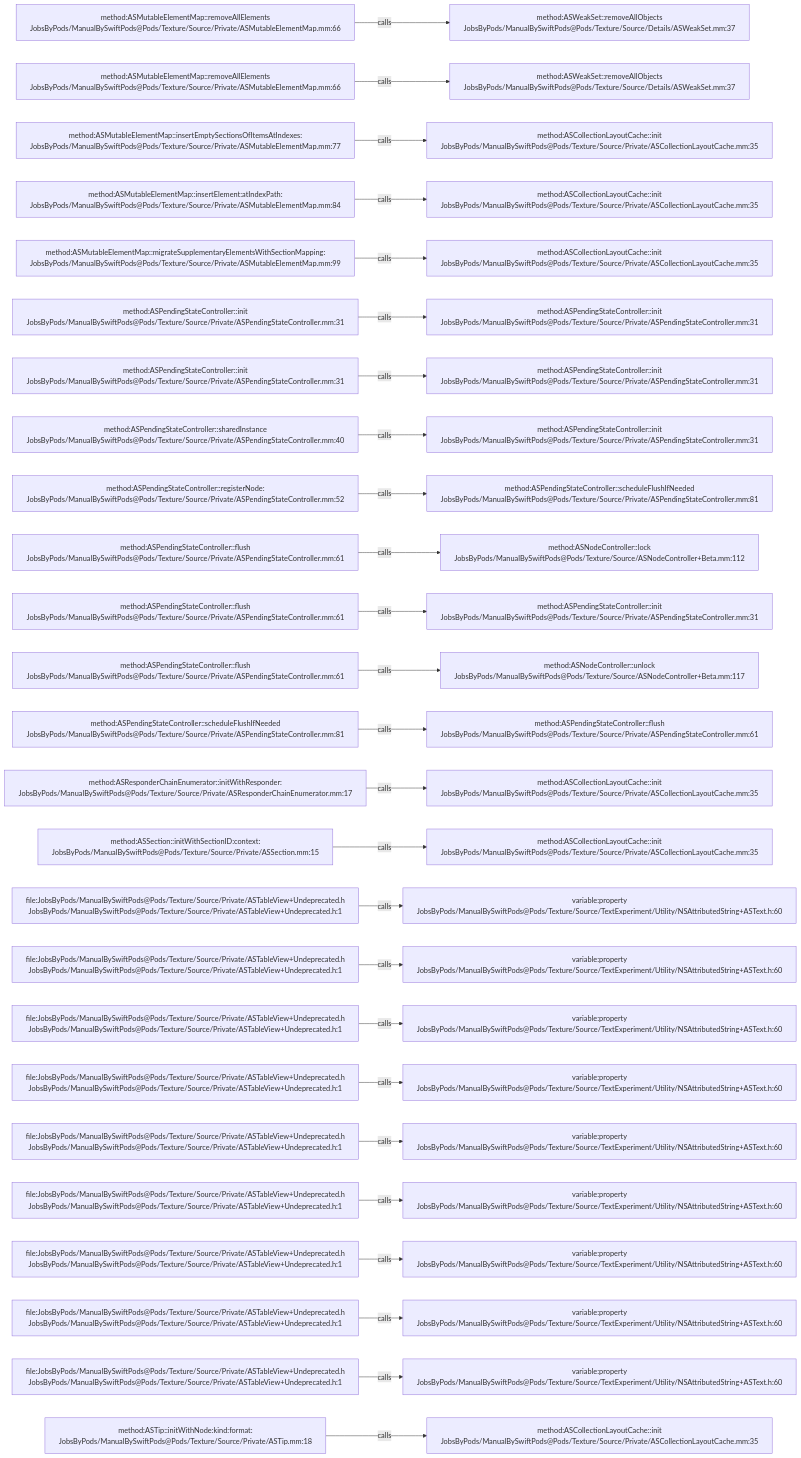
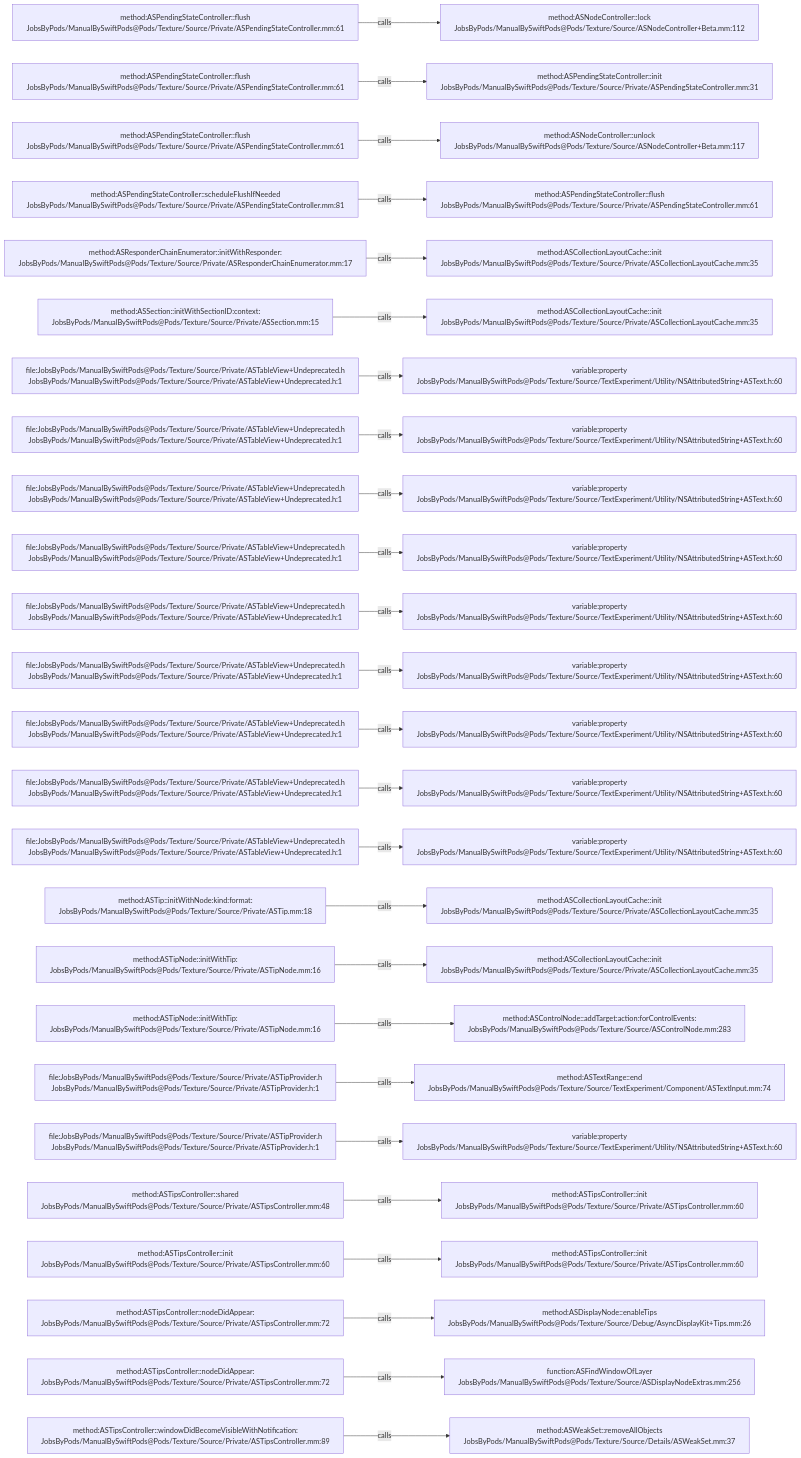
Before and after one commit to JobsKits/JobsSwiftBaseConfigDemo: the diagram in .codegraph/codegraph.md/graphs/calls-122.md, drawn with Mermaid. The commit also changed 707 other files, not shown here.

````diff
--- a/.codegraph/codegraph.md/graphs/calls-122.md
+++ b/.codegraph/codegraph.md/graphs/calls-122.md
@@ -13,78 +13,78 @@
 ```mermaid
 flowchart LR
-  S1["method:ASMutableElementMap::removeAllElements<br/>JobsByPods/ManualBySwiftPods@Pods/Texture/Source/Private/ASMutableElementMap.mm:66"]
-  T1["method:ASWeakSet::removeAllObjects<br/>JobsByPods/ManualBySwiftPods@Pods/Texture/Source/Details/ASWeakSet.mm:37"]
+  S1["method:ASPendingStateController::flush<br/>JobsByPods/ManualBySwiftPods@Pods/Texture/Source/Private/ASPendingStateController.mm:61"]
+  T1["method:ASNodeController::lock<br/>JobsByPods/ManualBySwiftPods@Pods/Texture/Source/ASNodeController+Beta.mm:112"]
   S1 -->|calls| T1
-  S2["method:ASMutableElementMap::removeAllElements<br/>JobsByPods/ManualBySwiftPods@Pods/Texture/Source/Private/ASMutableElementMap.mm:66"]
-  T2["method:ASWeakSet::removeAllObjects<br/>JobsByPods/ManualBySwiftPods@Pods/Texture/Source/Details/ASWeakSet.mm:37"]
+  S2["method:ASPendingStateController::flush<br/>JobsByPods/ManualBySwiftPods@Pods/Texture/Source/Private/ASPendingStateController.mm:61"]
+  T2["method:ASPendingStateController::init<br/>JobsByPods/ManualBySwiftPods@Pods/Texture/Source/Private/ASPendingStateController.mm:31"]
   S2 -->|calls| T2
-  S3["method:ASMutableElementMap::insertEmptySectionsOfItemsAtIndexes:<br/>JobsByPods/ManualBySwiftPods@Pods/Texture/Source/Private/ASMutableElementMap.mm:77"]
-  T3["method:ASCollectionLayoutCache::init<br/>JobsByPods/ManualBySwiftPods@Pods/Texture/Source/Private/ASCollectionLayoutCache.mm:35"]
+  S3["method:ASPendingStateController::flush<br/>JobsByPods/ManualBySwiftPods@Pods/Texture/Source/Private/ASPendingStateController.mm:61"]
+  T3["method:ASNodeController::unlock<br/>JobsByPods/ManualBySwiftPods@Pods/Texture/Source/ASNodeController+Beta.mm:117"]
   S3 -->|calls| T3
-  S4["method:ASMutableElementMap::insertElement:atIndexPath:<br/>JobsByPods/ManualBySwiftPods@Pods/Texture/Source/Private/ASMutableElementMap.mm:84"]
-  T4["method:ASCollectionLayoutCache::init<br/>JobsByPods/ManualBySwiftPods@Pods/Texture/Source/Private/ASCollectionLayoutCache.mm:35"]
+  S4["method:ASPendingStateController::scheduleFlushIfNeeded<br/>JobsByPods/ManualBySwiftPods@Pods/Texture/Source/Private/ASPendingStateController.mm:81"]
+  T4["method:ASPendingStateController::flush<br/>JobsByPods/ManualBySwiftPods@Pods/Texture/Source/Private/ASPendingStateController.mm:61"]
   S4 -->|calls| T4
-  S5["method:ASMutableElementMap::migrateSupplementaryElementsWithSectionMapping:<br/>JobsByPods/ManualBySwiftPods@Pods/Texture/Source/Private/ASMutableElementMap.mm:99"]
+  S5["method:ASResponderChainEnumerator::initWithResponder:<br/>JobsByPods/ManualBySwiftPods@Pods/Texture/Source/Private/ASResponderChainEnumerator.mm:17"]
   T5["method:ASCollectionLayoutCache::init<br/>JobsByPods/ManualBySwiftPods@Pods/Texture/Source/Private/ASCollectionLayoutCache.mm:35"]
   S5 -->|calls| T5
-  S6["method:ASPendingStateController::init<br/>JobsByPods/ManualBySwiftPods@Pods/Texture/Source/Private/ASPendingStateController.mm:31"]
-  T6["method:ASPendingStateController::init<br/>JobsByPods/ManualBySwiftPods@Pods/Texture/Source/Private/ASPendingStateController.mm:31"]
+  S6["method:ASSection::initWithSectionID:context:<br/>JobsByPods/ManualBySwiftPods@Pods/Texture/Source/Private/ASSection.mm:15"]
+  T6["method:ASCollectionLayoutCache::init<br/>JobsByPods/ManualBySwiftPods@Pods/Texture/Source/Private/ASCollectionLayoutCache.mm:35"]
   S6 -->|calls| T6
-  S7["method:ASPendingStateController::init<br/>JobsByPods/ManualBySwiftPods@Pods/Texture/Source/Private/ASPendingStateController.mm:31"]
-  T7["method:ASPendingStateController::init<br/>JobsByPods/ManualBySwiftPods@Pods/Texture/Source/Private/ASPendingStateController.mm:31"]
+  S7["file:JobsByPods/ManualBySwiftPods@Pods/Texture/Source/Private/ASTableView+Undeprecated.h<br/>JobsByPods/ManualBySwiftPods@Pods/Texture/Source/Private/ASTableView+Undeprecated.h:1"]
+  T7["variable:property<br/>JobsByPods/ManualBySwiftPods@Pods/Texture/Source/TextExperiment/Utility/NSAttributedString+ASText.h:60"]
   S7 -->|calls| T7
-  S8["method:ASPendingStateController::sharedInstance<br/>JobsByPods/ManualBySwiftPods@Pods/Texture/Source/Private/ASPendingStateController.mm:40"]
-  T8["method:ASPendingStateController::init<br/>JobsByPods/ManualBySwiftPods@Pods/Texture/Source/Private/ASPendingStateController.mm:31"]
+  S8["file:JobsByPods/ManualBySwiftPods@Pods/Texture/Source/Private/ASTableView+Undeprecated.h<br/>JobsByPods/ManualBySwiftPods@Pods/Texture/Source/Private/ASTableView+Undeprecated.h:1"]
+  T8["variable:property<br/>JobsByPods/ManualBySwiftPods@Pods/Texture/Source/TextExperiment/Utility/NSAttributedString+ASText.h:60"]
   S8 -->|calls| T8
-  S9["method:ASPendingStateController::registerNode:<br/>JobsByPods/ManualBySwiftPods@Pods/Texture/Source/Private/ASPendingStateController.mm:52"]
-  T9["method:ASPendingStateController::scheduleFlushIfNeeded<br/>JobsByPods/ManualBySwiftPods@Pods/Texture/Source/Private/ASPendingStateController.mm:81"]
+  S9["file:JobsByPods/ManualBySwiftPods@Pods/Texture/Source/Private/ASTableView+Undeprecated.h<br/>JobsByPods/ManualBySwiftPods@Pods/Texture/Source/Private/ASTableView+Undeprecated.h:1"]
+  T9["variable:property<br/>JobsByPods/ManualBySwiftPods@Pods/Texture/Source/TextExperiment/Utility/NSAttributedString+ASText.h:60"]
   S9 -->|calls| T9
-  S10["method:ASPendingStateController::flush<br/>JobsByPods/ManualBySwiftPods@Pods/Texture/Source/Private/ASPendingStateController.mm:61"]
-  T10["method:ASNodeController::lock<br/>JobsByPods/ManualBySwiftPods@Pods/Texture/Source/ASNodeController+Beta.mm:112"]
+  S10["file:JobsByPods/ManualBySwiftPods@Pods/Texture/Source/Private/ASTableView+Undeprecated.h<br/>JobsByPods/ManualBySwiftPods@Pods/Texture/Source/Private/ASTableView+Undeprecated.h:1"]
+  T10["variable:property<br/>JobsByPods/ManualBySwiftPods@Pods/Texture/Source/TextExperiment/Utility/NSAttributedString+ASText.h:60"]
   S10 -->|calls| T10
-  S11["method:ASPendingStateController::flush<br/>JobsByPods/ManualBySwiftPods@Pods/Texture/Source/Private/ASPendingStateController.mm:61"]
-  T11["method:ASPendingStateController::init<br/>JobsByPods/ManualBySwiftPods@Pods/Texture/Source/Private/ASPendingStateController.mm:31"]
+  S11["file:JobsByPods/ManualBySwiftPods@Pods/Texture/Source/Private/ASTableView+Undeprecated.h<br/>JobsByPods/ManualBySwiftPods@Pods/Texture/Source/Private/ASTableView+Undeprecated.h:1"]
+  T11["variable:property<br/>JobsByPods/ManualBySwiftPods@Pods/Texture/Source/TextExperiment/Utility/NSAttributedString+ASText.h:60"]
   S11 -->|calls| T11
-  S12["method:ASPendingStateController::flush<br/>JobsByPods/ManualBySwiftPods@Pods/Texture/Source/Private/ASPendingStateController.mm:61"]
-  T12["method:ASNodeController::unlock<br/>JobsByPods/ManualBySwiftPods@Pods/Texture/Source/ASNodeController+Beta.mm:117"]
+  S12["file:JobsByPods/ManualBySwiftPods@Pods/Texture/Source/Private/ASTableView+Undeprecated.h<br/>JobsByPods/ManualBySwiftPods@Pods/Texture/Source/Private/ASTableView+Undeprecated.h:1"]
+  T12["variable:property<br/>JobsByPods/ManualBySwiftPods@Pods/Texture/Source/TextExperiment/Utility/NSAttributedString+ASText.h:60"]
   S12 -->|calls| T12
-  S13["method:ASPendingStateController::scheduleFlushIfNeeded<br/>JobsByPods/ManualBySwiftPods@Pods/Texture/Source/Private/ASPendingStateController.mm:81"]
-  T13["method:ASPendingStateController::flush<br/>JobsByPods/ManualBySwiftPods@Pods/Texture/Source/Private/ASPendingStateController.mm:61"]
+  S13["file:JobsByPods/ManualBySwiftPods@Pods/Texture/Source/Private/ASTableView+Undeprecated.h<br/>JobsByPods/ManualBySwiftPods@Pods/Texture/Source/Private/ASTableView+Undeprecated.h:1"]
+  T13["variable:property<br/>JobsByPods/ManualBySwiftPods@Pods/Texture/Source/TextExperiment/Utility/NSAttributedString+ASText.h:60"]
   S13 -->|calls| T13
-  S14["method:ASResponderChainEnumerator::initWithResponder:<br/>JobsByPods/ManualBySwiftPods@Pods/Texture/Source/Private/ASResponderChainEnumerator.mm:17"]
-  T14["method:ASCollectionLayoutCache::init<br/>JobsByPods/ManualBySwiftPods@Pods/Texture/Source/Private/ASCollectionLayoutCache.mm:35"]
+  S14["file:JobsByPods/ManualBySwiftPods@Pods/Texture/Source/Private/ASTableView+Undeprecated.h<br/>JobsByPods/ManualBySwiftPods@Pods/Texture/Source/Private/ASTableView+Undeprecated.h:1"]
+  T14["variable:property<br/>JobsByPods/ManualBySwiftPods@Pods/Texture/Source/TextExperiment/Utility/NSAttributedString+ASText.h:60"]
   S14 -->|calls| T14
-  S15["method:ASSection::initWithSectionID:context:<br/>JobsByPods/ManualBySwiftPods@Pods/Texture/Source/Private/ASSection.mm:15"]
-  T15["method:ASCollectionLayoutCache::init<br/>JobsByPods/ManualBySwiftPods@Pods/Texture/Source/Private/ASCollectionLayoutCache.mm:35"]
+  S15["file:JobsByPods/ManualBySwiftPods@Pods/Texture/Source/Private/ASTableView+Undeprecated.h<br/>JobsByPods/ManualBySwiftPods@Pods/Texture/Source/Private/ASTableView+Undeprecated.h:1"]
+  T15["variable:property<br/>JobsByPods/ManualBySwiftPods@Pods/Texture/Source/TextExperiment/Utility/NSAttributedString+ASText.h:60"]
   S15 -->|calls| T15
-  S16["file:JobsByPods/ManualBySwiftPods@Pods/Texture/Source/Private/ASTableView+Undeprecated.h<br/>JobsByPods/ManualBySwiftPods@Pods/Texture/Source/Private/ASTableView+Undeprecated.h:1"]
-  T16["variable:property<br/>JobsByPods/ManualBySwiftPods@Pods/Texture/Source/TextExperiment/Utility/NSAttributedString+ASText.h:60"]
+  S16["method:ASTip::initWithNode:kind:format:<br/>JobsByPods/ManualBySwiftPods@Pods/Texture/Source/Private/ASTip.mm:18"]
+  T16["method:ASCollectionLayoutCache::init<br/>JobsByPods/ManualBySwiftPods@Pods/Texture/Source/Private/ASCollectionLayoutCache.mm:35"]
   S16 -->|calls| T16
-  S17["file:JobsByPods/ManualBySwiftPods@Pods/Texture/Source/Private/ASTableView+Undeprecated.h<br/>JobsByPods/ManualBySwiftPods@Pods/Texture/Source/Private/ASTableView+Undeprecated.h:1"]
-  T17["variable:property<br/>JobsByPods/ManualBySwiftPods@Pods/Texture/Source/TextExperiment/Utility/NSAttributedString+ASText.h:60"]
+  S17["method:ASTipNode::initWithTip:<br/>JobsByPods/ManualBySwiftPods@Pods/Texture/Source/Private/ASTipNode.mm:16"]
+  T17["method:ASCollectionLayoutCache::init<br/>JobsByPods/ManualBySwiftPods@Pods/Texture/Source/Private/ASCollectionLayoutCache.mm:35"]
   S17 -->|calls| T17
-  S18["file:JobsByPods/ManualBySwiftPods@Pods/Texture/Source/Private/ASTableView+Undeprecated.h<br/>JobsByPods/ManualBySwiftPods@Pods/Texture/Source/Private/ASTableView+Undeprecated.h:1"]
-  T18["variable:property<br/>JobsByPods/ManualBySwiftPods@Pods/Texture/Source/TextExperiment/Utility/NSAttributedString+ASText.h:60"]
+  S18["method:ASTipNode::initWithTip:<br/>JobsByPods/ManualBySwiftPods@Pods/Texture/Source/Private/ASTipNode.mm:16"]
+  T18["method:ASControlNode::addTarget:action:forControlEvents:<br/>JobsByPods/ManualBySwiftPods@Pods/Texture/Source/ASControlNode.mm:283"]
   S18 -->|calls| T18
-  S19["file:JobsByPods/ManualBySwiftPods@Pods/Texture/Source/Private/ASTableView+Undeprecated.h<br/>JobsByPods/ManualBySwiftPods@Pods/Texture/Source/Private/ASTableView+Undeprecated.h:1"]
-  T19["variable:property<br/>JobsByPods/ManualBySwiftPods@Pods/Texture/Source/TextExperiment/Utility/NSAttributedString+ASText.h:60"]
+  S19["file:JobsByPods/ManualBySwiftPods@Pods/Texture/Source/Private/ASTipProvider.h<br/>JobsByPods/ManualBySwiftPods@Pods/Texture/Source/Private/ASTipProvider.h:1"]
+  T19["method:ASTextRange::end<br/>JobsByPods/ManualBySwiftPods@Pods/Texture/Source/TextExperiment/Component/ASTextInput.mm:74"]
   S19 -->|calls| T19
-  S20["file:JobsByPods/ManualBySwiftPods@Pods/Texture/Source/Private/ASTableView+Undeprecated.h<br/>JobsByPods/ManualBySwiftPods@Pods/Texture/Source/Private/ASTableView+Undeprecated.h:1"]
+  S20["file:JobsByPods/ManualBySwiftPods@Pods/Texture/Source/Private/ASTipProvider.h<br/>JobsByPods/ManualBySwiftPods@Pods/Texture/Source/Private/ASTipProvider.h:1"]
   T20["variable:property<br/>JobsByPods/ManualBySwiftPods@Pods/Texture/Source/TextExperiment/Utility/NSAttributedString+ASText.h:60"]
   S20 -->|calls| T20
-  S21["file:JobsByPods/ManualBySwiftPods@Pods/Texture/Source/Private/ASTableView+Undeprecated.h<br/>JobsByPods/ManualBySwiftPods@Pods/Texture/Source/Private/ASTableView+Undeprecated.h:1"]
-  T21["variable:property<br/>JobsByPods/ManualBySwiftPods@Pods/Texture/Source/TextExperiment/Utility/NSAttributedString+ASText.h:60"]
+  S21["method:ASTipsController::shared<br/>JobsByPods/ManualBySwiftPods@Pods/Texture/Source/Private/ASTipsController.mm:48"]
+  T21["method:ASTipsController::init<br/>JobsByPods/ManualBySwiftPods@Pods/Texture/Source/Private/ASTipsController.mm:60"]
   S21 -->|calls| T21
-  S22["file:JobsByPods/ManualBySwiftPods@Pods/Texture/Source/Private/ASTableView+Undeprecated.h<br/>JobsByPods/ManualBySwiftPods@Pods/Texture/Source/Private/ASTableView+Undeprecated.h:1"]
-  T22["variable:property<br/>JobsByPods/ManualBySwiftPods@Pods/Texture/Source/TextExperiment/Utility/NSAttributedString+ASText.h:60"]
+  S22["method:ASTipsController::init<br/>JobsByPods/ManualBySwiftPods@Pods/Texture/Source/Private/ASTipsController.mm:60"]
+  T22["method:ASTipsController::init<br/>JobsByPods/ManualBySwiftPods@Pods/Texture/Source/Private/ASTipsController.mm:60"]
   S22 -->|calls| T22
-  S23["file:JobsByPods/ManualBySwiftPods@Pods/Texture/Source/Private/ASTableView+Undeprecated.h<br/>JobsByPods/ManualBySwiftPods@Pods/Texture/Source/Private/ASTableView+Undeprecated.h:1"]
-  T23["variable:property<br/>JobsByPods/ManualBySwiftPods@Pods/Texture/Source/TextExperiment/Utility/NSAttributedString+ASText.h:60"]
+  S23["method:ASTipsController::nodeDidAppear:<br/>JobsByPods/ManualBySwiftPods@Pods/Texture/Source/Private/ASTipsController.mm:72"]
+  T23["method:ASDisplayNode::enableTips<br/>JobsByPods/ManualBySwiftPods@Pods/Texture/Source/Debug/AsyncDisplayKit+Tips.mm:26"]
   S23 -->|calls| T23
-  S24["file:JobsByPods/ManualBySwiftPods@Pods/Texture/Source/Private/ASTableView+Undeprecated.h<br/>JobsByPods/ManualBySwiftPods@Pods/Texture/Source/Private/ASTableView+Undeprecated.h:1"]
-  T24["variable:property<br/>JobsByPods/ManualBySwiftPods@Pods/Texture/Source/TextExperiment/Utility/NSAttributedString+ASText.h:60"]
+  S24["method:ASTipsController::nodeDidAppear:<br/>JobsByPods/ManualBySwiftPods@Pods/Texture/Source/Private/ASTipsController.mm:72"]
+  T24["function:ASFindWindowOfLayer<br/>JobsByPods/ManualBySwiftPods@Pods/Texture/Source/ASDisplayNodeExtras.mm:256"]
   S24 -->|calls| T24
-  S25["method:ASTip::initWithNode:kind:format:<br/>JobsByPods/ManualBySwiftPods@Pods/Texture/Source/Private/ASTip.mm:18"]
-  T25["method:ASCollectionLayoutCache::init<br/>JobsByPods/ManualBySwiftPods@Pods/Texture/Source/Private/ASCollectionLayoutCache.mm:35"]
+  S25["method:ASTipsController::windowDidBecomeVisibleWithNotification:<br/>JobsByPods/ManualBySwiftPods@Pods/Texture/Source/Private/ASTipsController.mm:89"]
+  T25["method:ASWeakSet::removeAllObjects<br/>JobsByPods/ManualBySwiftPods@Pods/Texture/Source/Details/ASWeakSet.mm:37"]
   S25 -->|calls| T25
 ```
````
